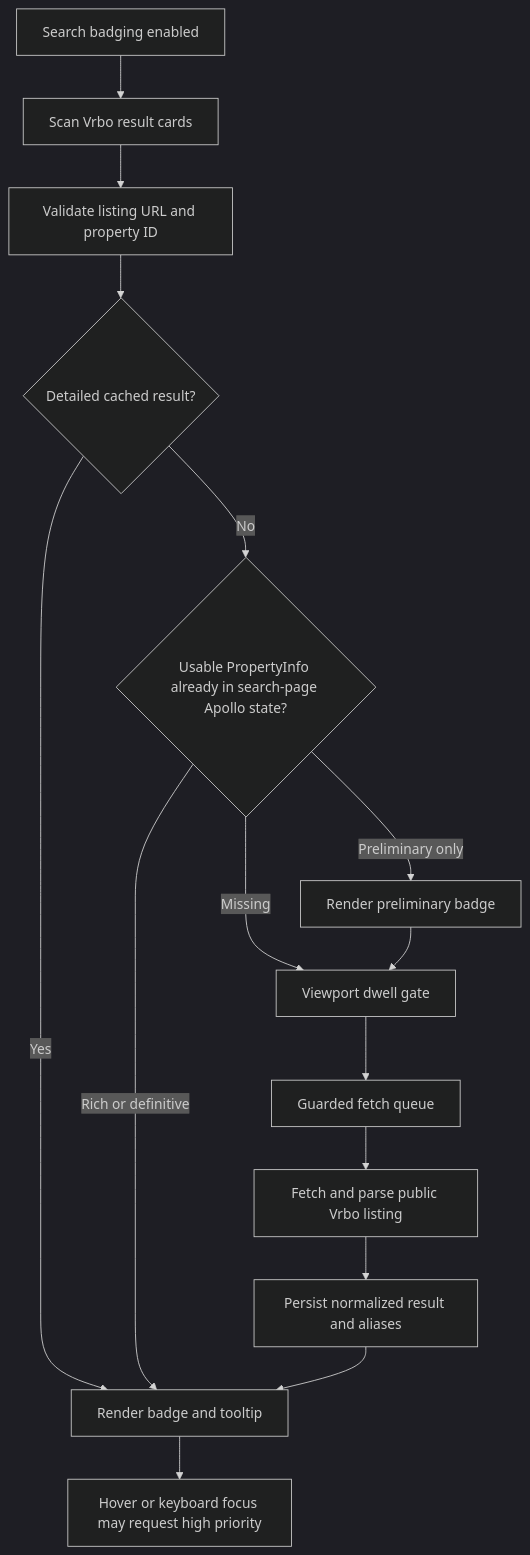
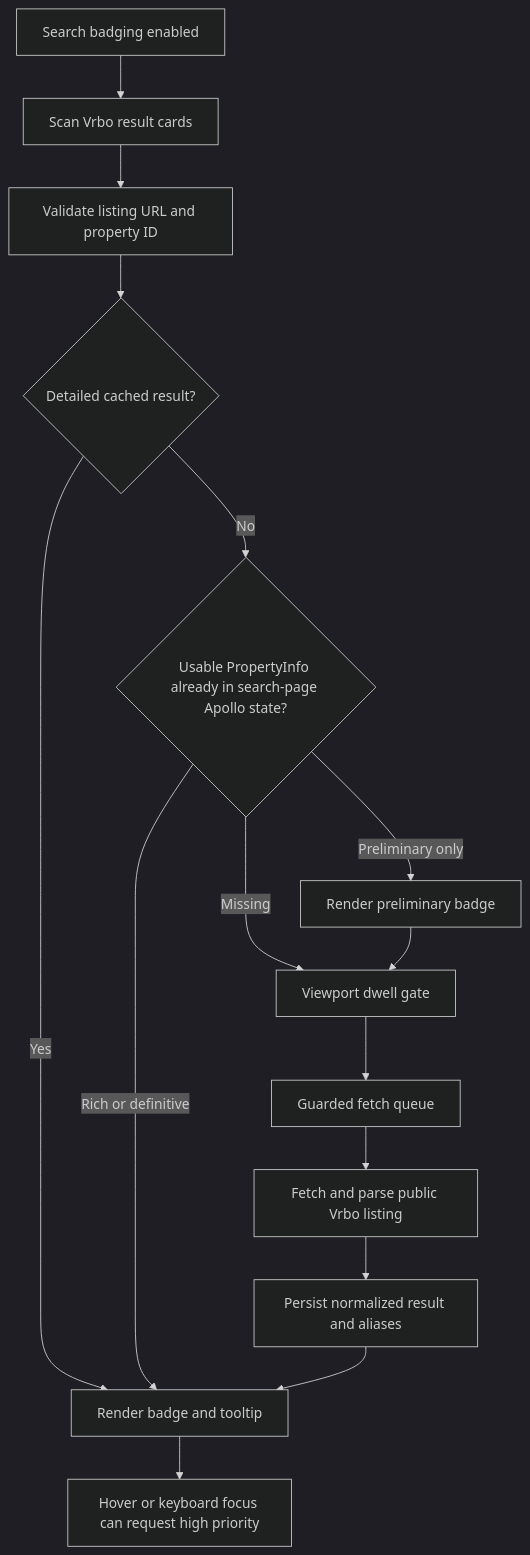
One commit to curdriceaurora/pawcheck changed the second of 2 diagrams in DEVELOPMENT.md. Above: the diagram before and after it, drawn with Mermaid (dark theme). The commit also changed other lines of this file and 1 other file, not shown here.

````diff
--- a/DEVELOPMENT.md
+++ b/DEVELOPMENT.md
@@ -113,17 +118,17 @@
 ```mermaid
 flowchart TD
     A[Search badging enabled] --> B[Scan Vrbo result cards]
     B --> C[Validate listing URL and property ID]
     C --> D{Detailed cached result?}
     D -->|Yes| J[Render badge and tooltip]
     D -->|No| E{Usable PropertyInfo already in search-page Apollo state?}
     E -->|Rich or definitive| J
     E -->|Preliminary only| F[Render preliminary badge]
     E -->|Missing| G[Viewport dwell gate]
     F --> G
     G --> H[Guarded fetch queue]
     H --> I[Fetch and parse public Vrbo listing]
     I --> K[Persist normalized result and aliases]
     K --> J
-    J --> L[Hover or keyboard focus may request high priority]
+    J --> L[Hover or keyboard focus can request high priority]
 ```
````
